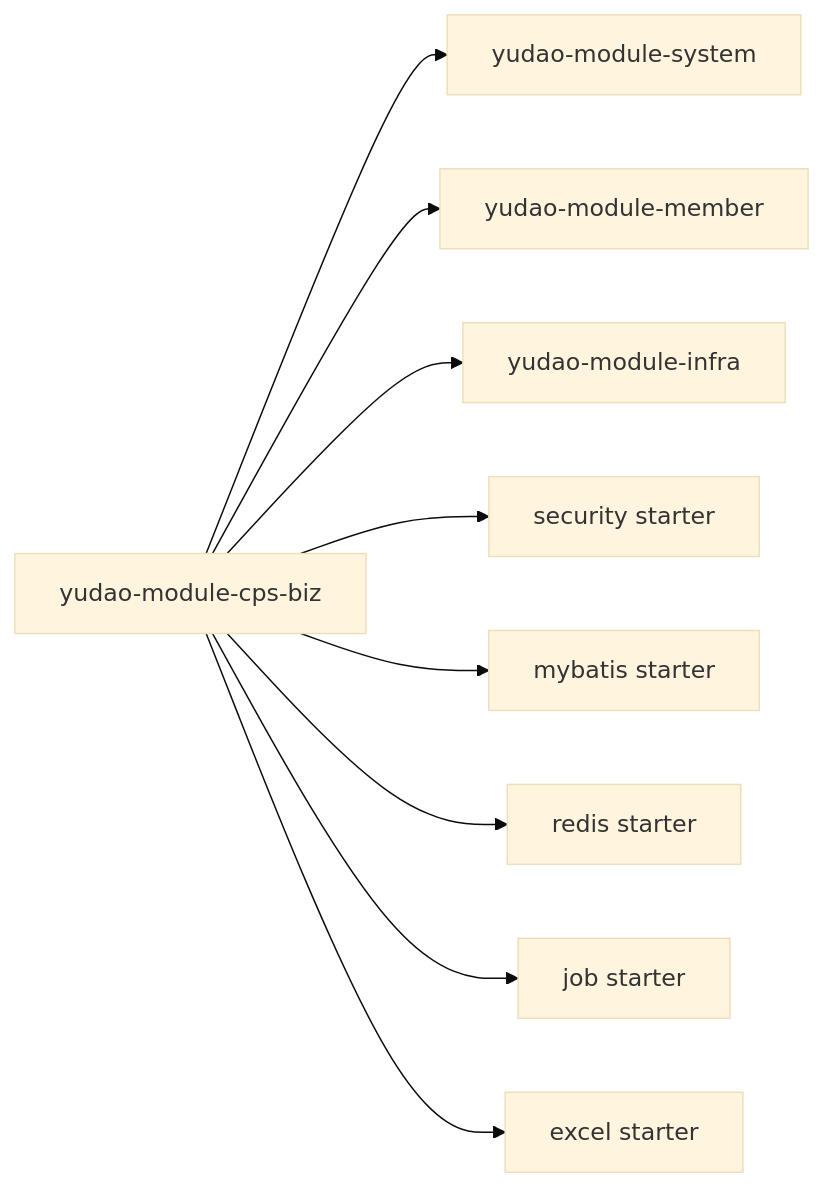
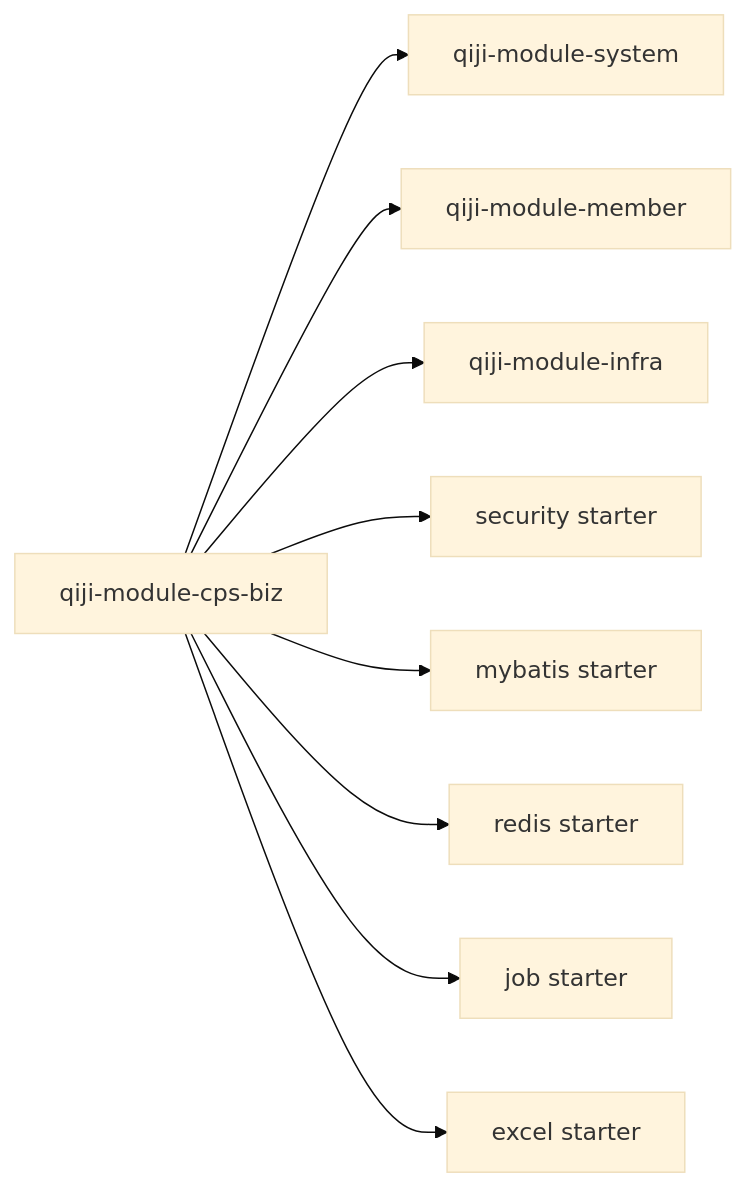
One commit to zhuangpengLI/AgenticCPS changed the sixth of 6 diagrams in backend/.qoder/repowiki/zh/content/系统架构设计/数据流设计.md. Above: the diagram before and after it, drawn with Mermaid (base theme). The commit also changed other lines of this file and 3489 other files, not shown here.

````diff
--- a/backend/.qoder/repowiki/zh/content/系统架构设计/数据流设计.md
+++ b/backend/.qoder/repowiki/zh/content/系统架构设计/数据流设计.md
@@ -245,11 +245,11 @@
 ```mermaid
 graph LR
-Biz["yudao-module-cps-biz"] --> Sys["yudao-module-system"]
-Biz --> Mem["yudao-module-member"]
-Biz --> Infra["yudao-module-infra"]
+Biz["qiji-module-cps-biz"] --> Sys["qiji-module-system"]
+Biz --> Mem["qiji-module-member"]
+Biz --> Infra["qiji-module-infra"]
 Biz --> Sec["security starter"]
 Biz --> MB["mybatis starter"]
 Biz --> RD["redis starter"]
 Biz --> Job["job starter"]
 Biz --> Ex["excel starter"]
 ```
````
